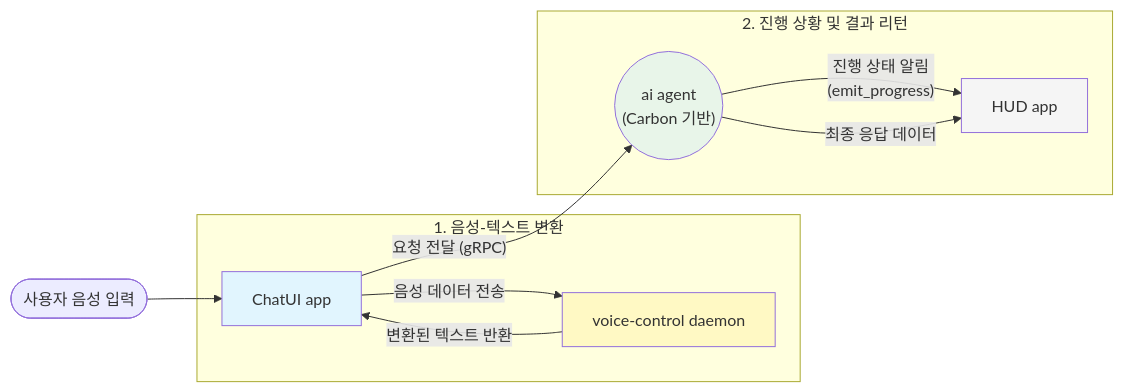
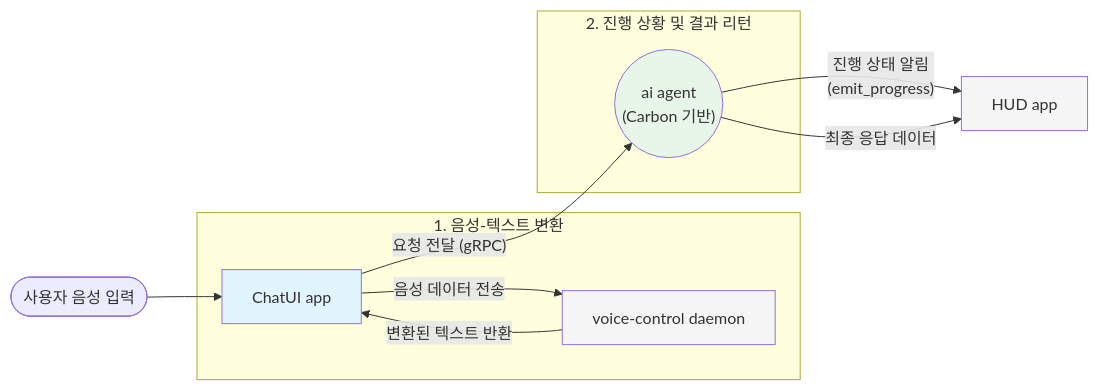
Before and after one commit to shyunMin/tizen-chat: the diagram in docs/ai_voice_assistant_design.md, drawn with Mermaid.

````diff
--- a/docs/ai_voice_assistant_design.md
+++ b/docs/ai_voice_assistant_design.md
@@ -7,25 +7,25 @@
 ```mermaid
 graph LR
     User(["사용자 음성 입력"]) --> ChatUI["ChatUI app"]
     
     subgraph STT_Process [1. 음성-텍스트 변환]
         ChatUI -- "음성 데이터 전송" --> VCD["voice-control daemon"]
         VCD -- "변환된 텍스트 반환" --> ChatUI
     end
 
     subgraph AI_Progress [2. 진행 상황 및 결과 리턴]
         ChatUI -- "요청 전달 (gRPC)" --> Agent(("ai agent\n(Carbon 기반)"))
-        Agent -- "진행 상태 알림\n(emit_progress)" --> HUD["HUD app"]
-        Agent -- "최종 응답 데이터" --> HUD
     end
+    Agent -- "진행 상태 알림\n(emit_progress)" --> HUD["HUD app"]
+    Agent -- "최종 응답 데이터" --> HUD["HUD app"]
     
     classDef app fill:#e1f5fe;
     classDef agent fill:#e8f5e9;
     classDef daemon fill:#fff9c4;
     classDef outscope fill:#f5f5f5;
     
     class ChatUI app;
     class Agent agent;
-    class VCD daemon;
+    class VCD outscope;
     class HUD outscope;
 ```
````
